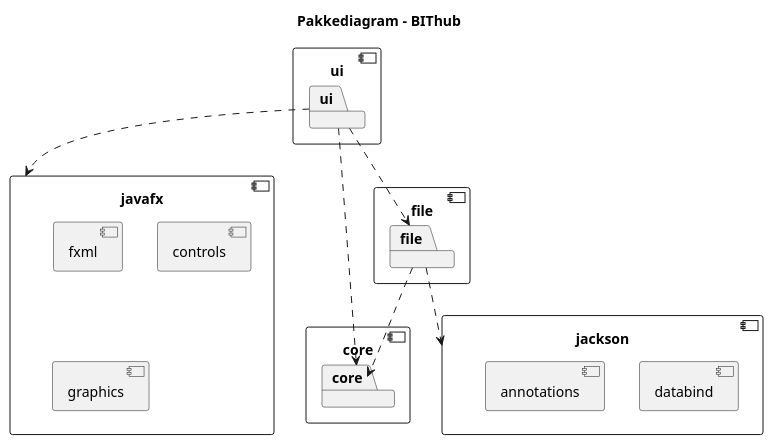
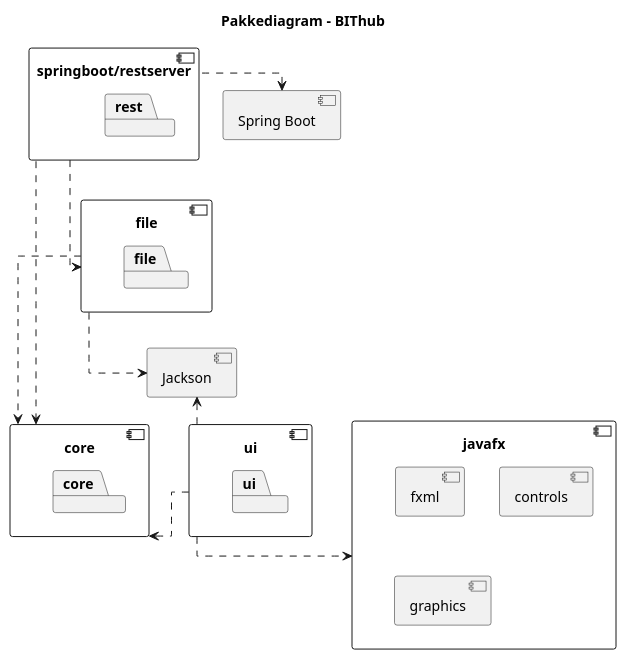
The diagram in arkitektur/pakkeDiagram.puml (JesperBarosen/BIThub), drawn with PlantUML before and after one commit. The commit also changed 1 other file, not shown here.

Commit message:
Oppdater pakkediagrammet uten ui til file
Fjern pilen fra ui til file, legg til springboot/restserver og
tegn diagrammet med rette linjer mellom modulene.

ref #175

```diff
--- a/arkitektur/pakkeDiagram.puml
+++ b/arkitektur/pakkeDiagram.puml
@@ -1,35 +1,44 @@
 @startuml pakkeDiagram
 
 title Pakkediagram - BIThub
 
-component "ui" as uiModul {
-    package ui
+skinparam linetype ortho
+
+component "Spring Boot" as springboot
+
+component "springboot/restserver" as restModul {
+    package rest
 }
 
 component "file" as fileModul {
     package file
+}
+
+component Jackson
+
+component "ui" as uiModul {
+    package ui
 }
 
 component "core" as coreModul {
     package core
 }
 
 component javafx {
     component fxml
     component controls
     component graphics
 }
 
-component jackson {
-    component databind
-    component annotations
-}
+restModul .left.> springboot
+restModul .down.> fileModul
+restModul .down.> coreModul
 
-ui ..> file
-ui ..> core
-ui ..> javafx
+fileModul .down.> coreModul
+fileModul .down.> Jackson
 
-file ..> core
-file ..> jackson
+uiModul .right.> coreModul
+uiModul .up.> Jackson
+uiModul .right.> javafx
 
 @enduml
```
